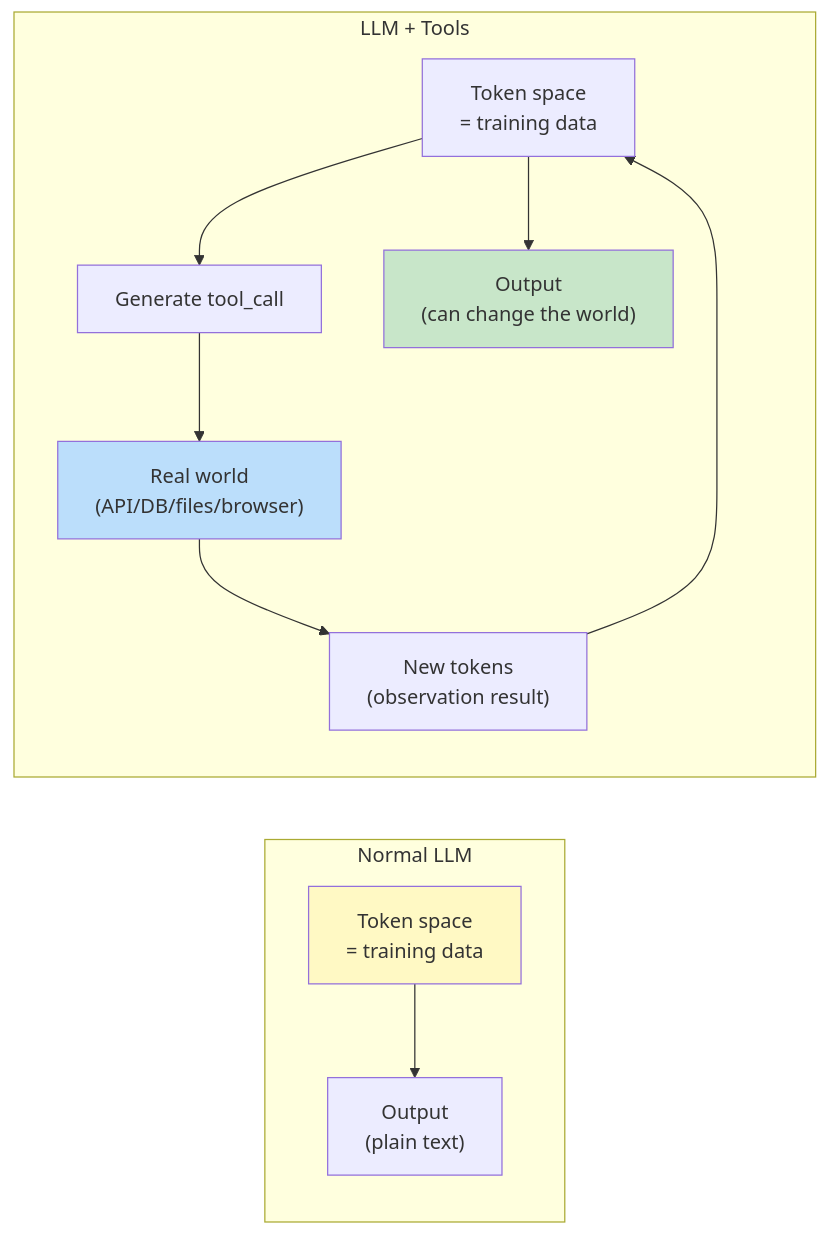
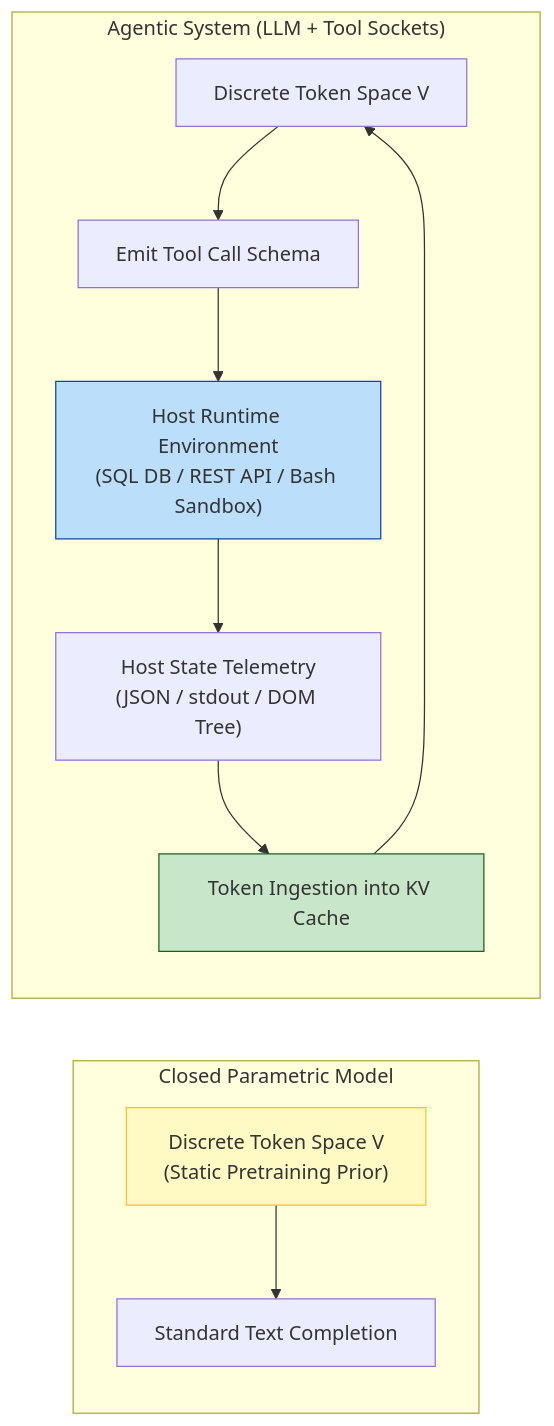
One commit to yingwang/thinking-in-llm changed the first of 8 diagrams in en/chapters/11-agents.md. Above: the diagram before and after it, drawn with Mermaid. The commit also changed other lines of this file and 31 other files, not shown here.

````diff
--- a/en/chapters/11-agents.md
+++ b/en/chapters/11-agents.md
@@ -56,20 +61,18 @@
 ```mermaid
 flowchart LR
-    subgraph NormalLLM["Normal LLM"]
-        T1["Token space<br>= training data"]
-        T1 --> O1["Output<br>(plain text)"]
+    subgraph BaseLLM["Closed Parametric Model"]
+        T1["Discrete Token Space V<br/>(Static Pretraining Prior)"] --> O1["Standard Text Completion"]
     end
 
-    subgraph Agent["LLM + Tools"]
-        T2["Token space<br>= training data"]
-        T2 --> Call["Generate tool_call"]
-        Call --> World["Real world<br>(API/DB/files/browser)"]
-        World --> Obs["New tokens<br>(observation result)"]
-        Obs --> T2
-        T2 --> O2["Output<br>(can change the world)"]
+    subgraph AgentLoop["Agentic System (LLM + Tool Sockets)"]
+        T2["Discrete Token Space V"] --> Action["Emit Tool Call Schema"]
+        Action --> World["Host Runtime Environment<br/>(SQL DB / REST API / Bash Sandbox)"]
+        World --> Observation["Host State Telemetry<br/>(JSON / stdout / DOM Tree)"]
+        Observation --> Injection["Token Ingestion into KV Cache"]
+        Injection --> T2
     end
 
-    style T1 fill:#fff9c4
-    style World fill:#bbdefb
-    style O2 fill:#c8e6c9
+    style T1 fill:#fff9c4,stroke:#fbc02d
+    style World fill:#bbdefb,stroke:#0d47a1
+    style Injection fill:#c8e6c9,stroke:#1b5e20
 ```
````
